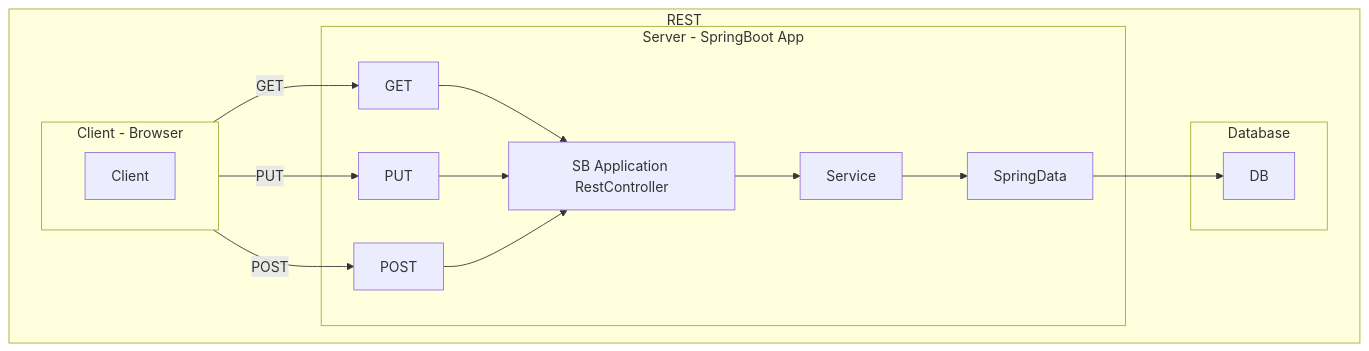
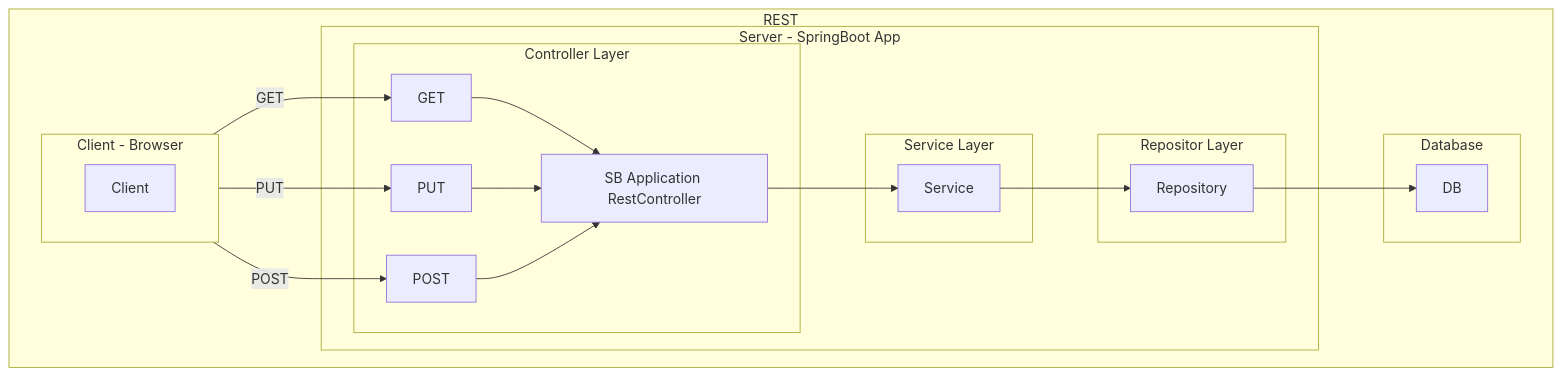
The second of 3 diagrams in pages/Week02Notes.md (rumq/spring-boot-in-3-weeks), drawn with Mermaid before and after one commit. The commit also changed other lines of this file and 5 other files, not shown here.

````diff
--- a/pages/Week02Notes.md
+++ b/pages/Week02Notes.md
@@ -203,25 +203,35 @@
 ```mermaid
 flowchart LR
     subgraph "REST"
         direction LR
         subgraph "Server - SpringBoot App"
 
-            M1 --> S[SB Application RestController]
-            M2 --> S
-            M3 --> S
-            S --> Service
-            Service --> SpringData
+            subgraph "Controller Layer"
+                M1 --> RC[SB Application RestController]
+                M2 --> RC
+                M3 --> RC
+            end
+
+            subgraph "Service Layer"
+                RC --> Service
+            end
+
+
+            subgraph "Repositor Layer"
+                Service --> R[Repository]
+            end
+
         end
         subgraph "Database"
-            SpringData --> DB
+            R --> DB            
         end
         subgraph "Client - Browser"
             direction LR
             C[Client] --> |GET| M1[GET]
             C[Client] --> |PUT| M2[PUT]
             C[Client] --> |POST| M3[POST]
         end
 
 
     end
 ```
````
